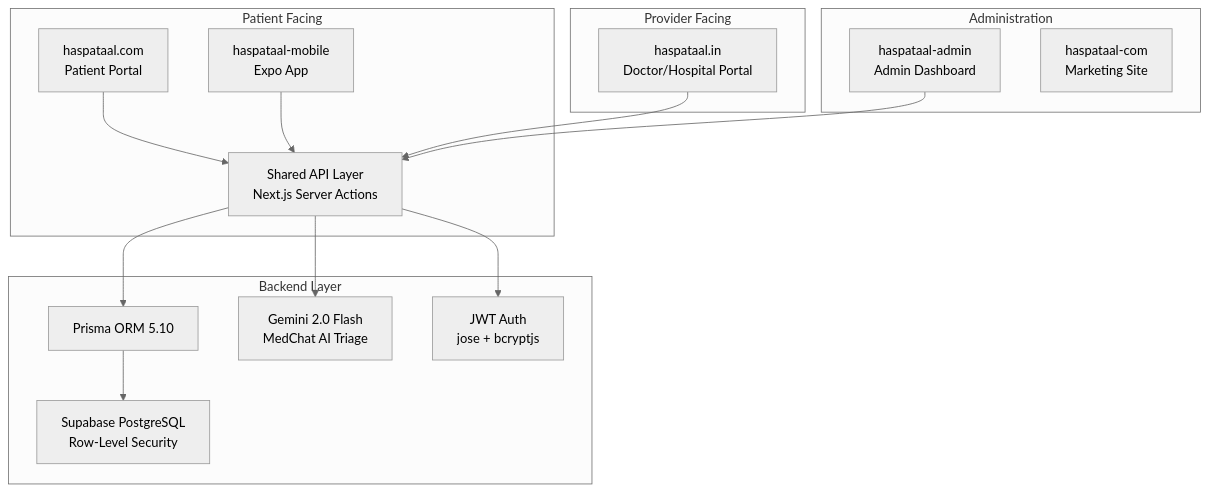
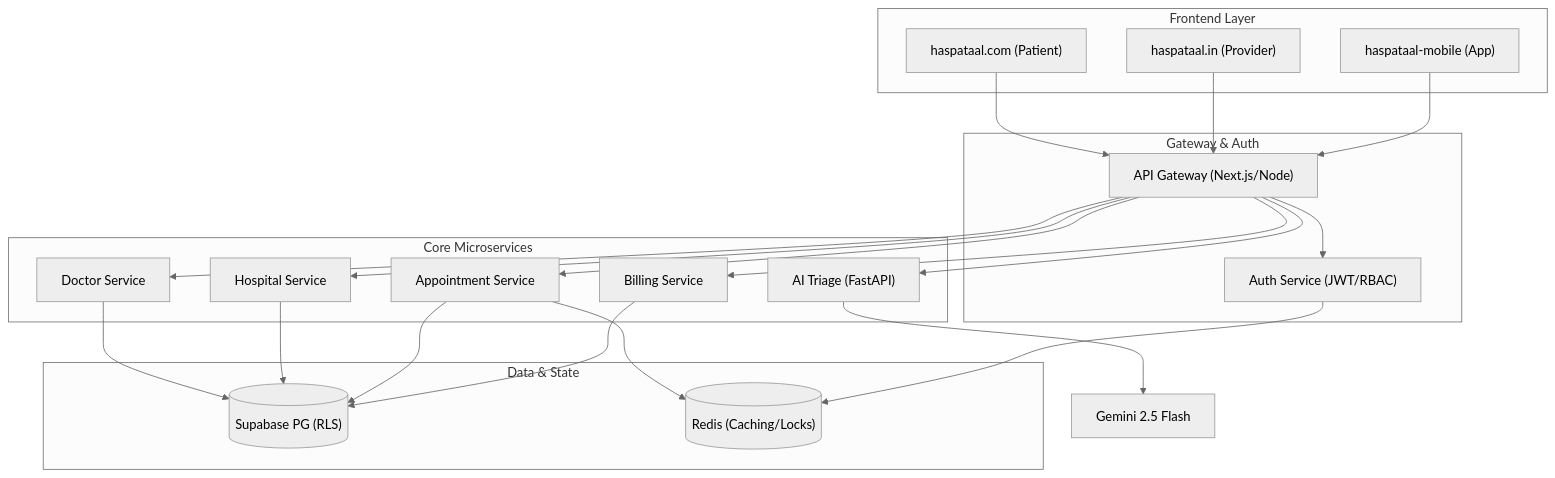
The diagram in .claude/architecture.md (hemanthprince64-coder/Haspataal), drawn with Mermaid (neutral theme) before and after one commit. The commit also changed other lines of this file and 6 other files, not shown here.

Commit message:
feat: synchronize metagpt architecture and strengthen backend with redis & fastapi

````diff
--- a/.claude/architecture.md
+++ b/.claude/architecture.md
@@ -5,24 +5,33 @@
 ```mermaid
 graph TD
-    subgraph "Patient Facing"
-        A["haspataal.com<br/>Patient Portal"] --> API
-        M["haspataal-mobile<br/>Expo App"] --> API
+    subgraph "Frontend Layer"
+        P1["haspataal.com (Patient)"]
+        P2["haspataal.in (Provider)"]
+        P3["haspataal-mobile (App)"]
     end
 
-    subgraph "Provider Facing"
-        B["haspataal.in<br/>Doctor/Hospital Portal"] --> API
+    subgraph "Gateway & Auth"
+        AGW["API Gateway (Next.js/Node)"]
+        ASV["Auth Service (JWT/RBAC)"]
     end
 
-    subgraph "Administration"
-        C["haspataal-admin<br/>Admin Dashboard"] --> API
-        D["haspataal-com<br/>Marketing Site"]
+    subgraph "Core Microservices"
+        DSV["Doctor Service"]
+        HSV["Hospital Service"]
+        APS["Appointment Service"]
+        BSV["Billing Service"]
+        ASR["AI Triage (FastAPI)"]
     end
 
-    subgraph "Backend Layer"
-        API["Shared API Layer<br/>Next.js Server Actions"]
-        API --> PRISMA["Prisma ORM 5.10"]
-        PRISMA --> DB["Supabase PostgreSQL<br/>Row-Level Security"]
-        API --> AI["Gemini 2.0 Flash<br/>MedChat AI Triage"]
-        API --> AUTH["JWT Auth<br/>jose + bcryptjs"]
+    subgraph "Data & State"
+        DB[("Supabase PG (RLS)")]
+        RD[("Redis (Caching/Locks)")]
     end
+
+    P1 & P2 & P3 --> AGW
+    AGW --> ASV
+    AGW --> DSV & HSV & APS & BSV & ASR
+    DSV & HSV & APS & BSV --> DB
+    APS & ASV --> RD
+    ASR --> AI["Gemini 2.5 Flash"]
 ```
````
